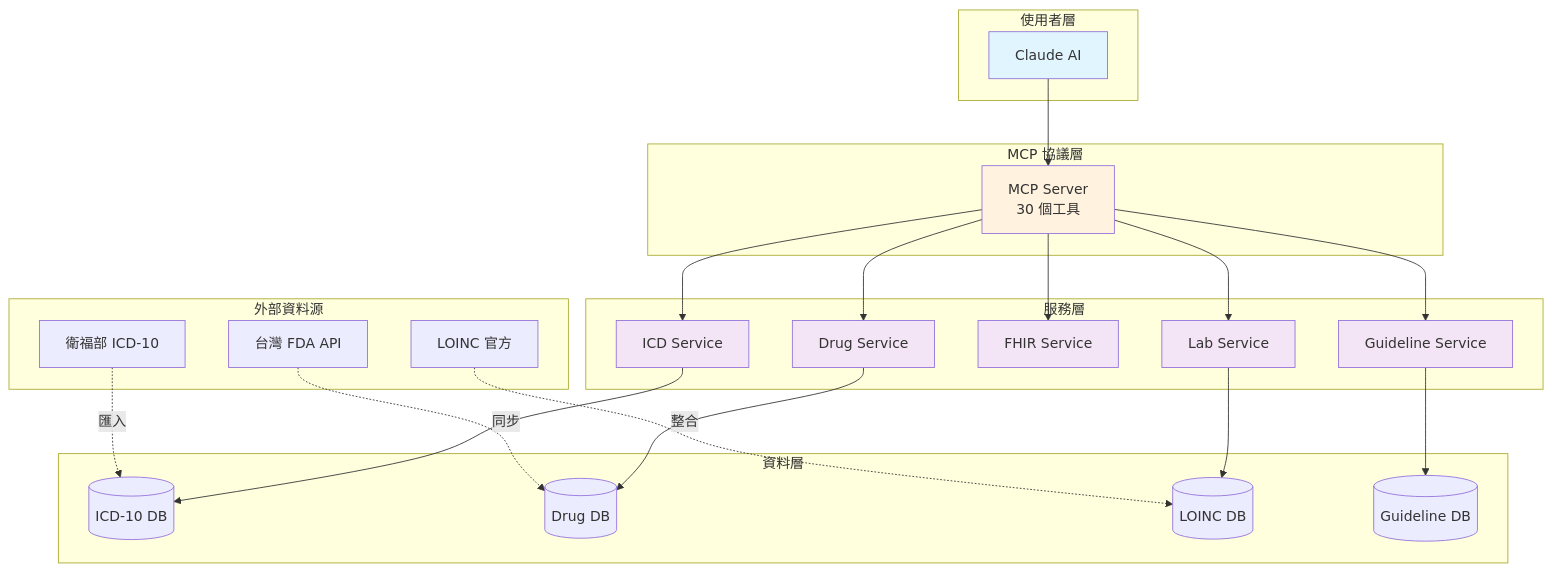
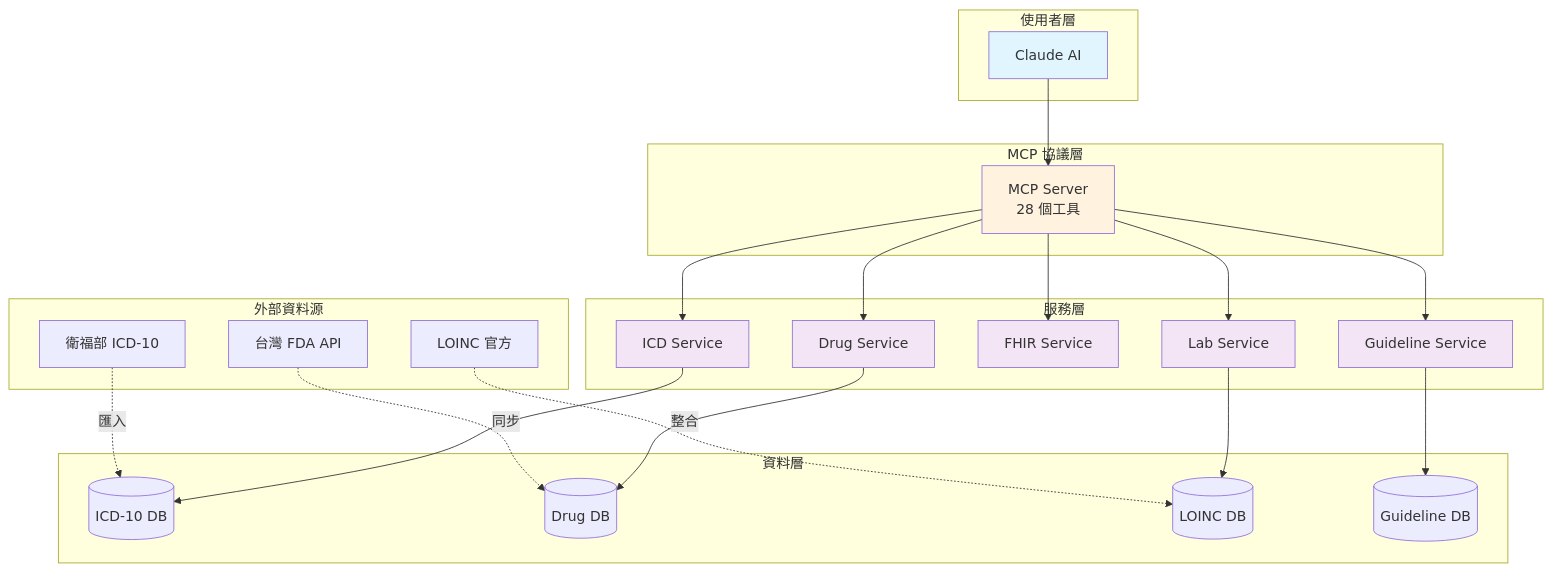
One commit to healthymind-tech/Taiwan-Health-MCP changed the diagram in docs/index.md. Above: the diagram before and after it, drawn with Mermaid. The commit also changed 14 other files, not shown here.

````diff
--- a/docs/index.md
+++ b/docs/index.md
@@ -109,55 +109,55 @@
 ```mermaid
 graph TB
     subgraph "使用者層"
         A[Claude AI]
     end
 
     subgraph "MCP 協議層"
-        B[MCP Server<br/>30 個工具]
+        B[MCP Server<br/>28 個工具]
     end
 
     subgraph "服務層"
         C1[ICD Service]
         C2[Drug Service]
         C3[FHIR Service]
         C4[Lab Service]
         C5[Guideline Service]
     end
 
     subgraph "資料層"
         D1[(ICD-10 DB)]
         D2[(Drug DB)]
         D3[(LOINC DB)]
         D4[(Guideline DB)]
     end
 
     subgraph "外部資料源"
         E1[台灣 FDA API]
         E2[LOINC 官方]
         E3[衛福部 ICD-10]
     end
 
     A --> B
     B --> C1
     B --> C2
     B --> C3
     B --> C4
     B --> C5
 
     C1 --> D1
     C2 --> D2
     C4 --> D3
     C5 --> D4
 
     E1 -.->|同步| D2
     E2 -.->|整合| D3
     E3 -.->|匯入| D1
 
     style A fill:#e1f5ff
     style B fill:#fff3e0
     style C1 fill:#f3e5f5
     style C2 fill:#f3e5f5
     style C3 fill:#f3e5f5
     style C4 fill:#f3e5f5
     style C5 fill:#f3e5f5
 ```
````
